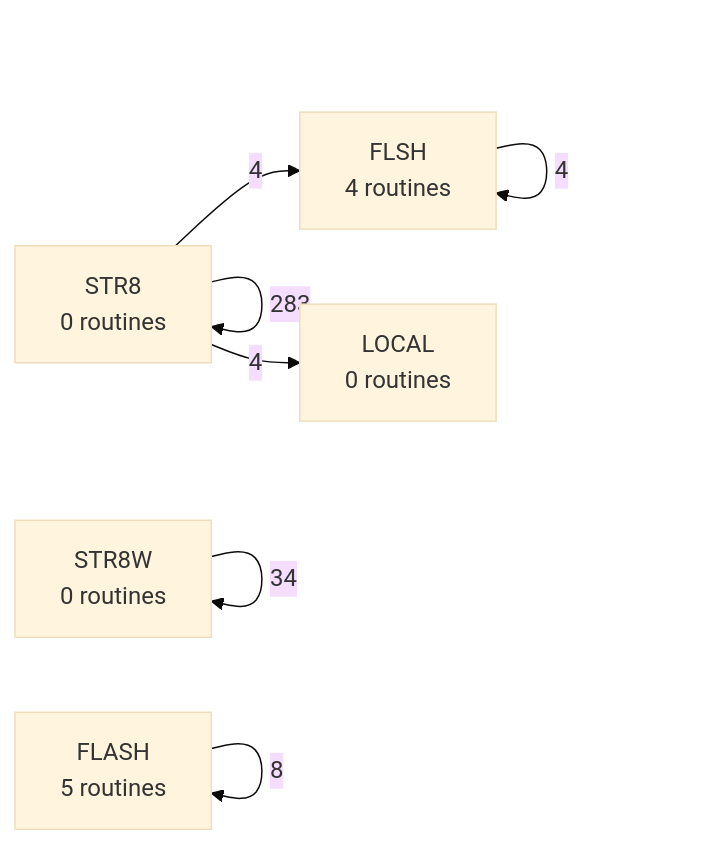
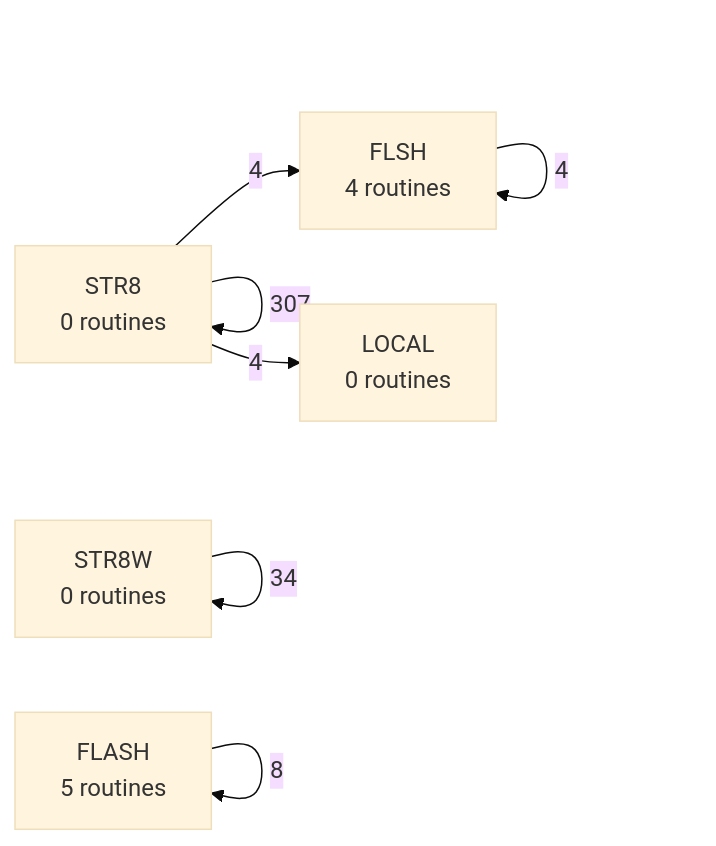
Before and after one commit to 95westus/R-YORS: the fifth of 6 diagrams in DOC/GENERATED/ROUTINE_PREFIX_MAP.md, drawn with Mermaid (base theme). The commit also changed other lines of this file and 20 other files, not shown here.

````diff
--- a/DOC/GENERATED/ROUTINE_PREFIX_MAP.md
+++ b/DOC/GENERATED/ROUTINE_PREFIX_MAP.md
@@ -79,9 +79,9 @@
 ```mermaid
 flowchart LR
-    P_STR8["STR8<br/>0 routines"] -->|283| P_STR8["STR8<br/>0 routines"]
+    P_STR8["STR8<br/>0 routines"] -->|307| P_STR8["STR8<br/>0 routines"]
     P_STR8W["STR8W<br/>0 routines"] -->|34| P_STR8W["STR8W<br/>0 routines"]
     P_FLASH["FLASH<br/>5 routines"] -->|8| P_FLASH["FLASH<br/>5 routines"]
     P_FLSH["FLSH<br/>4 routines"] -->|4| P_FLSH["FLSH<br/>4 routines"]
     P_STR8["STR8<br/>0 routines"] -->|4| P_FLSH["FLSH<br/>4 routines"]
     P_STR8["STR8<br/>0 routines"] -->|4| P_LOCAL["LOCAL<br/>0 routines"]
 ```
````
